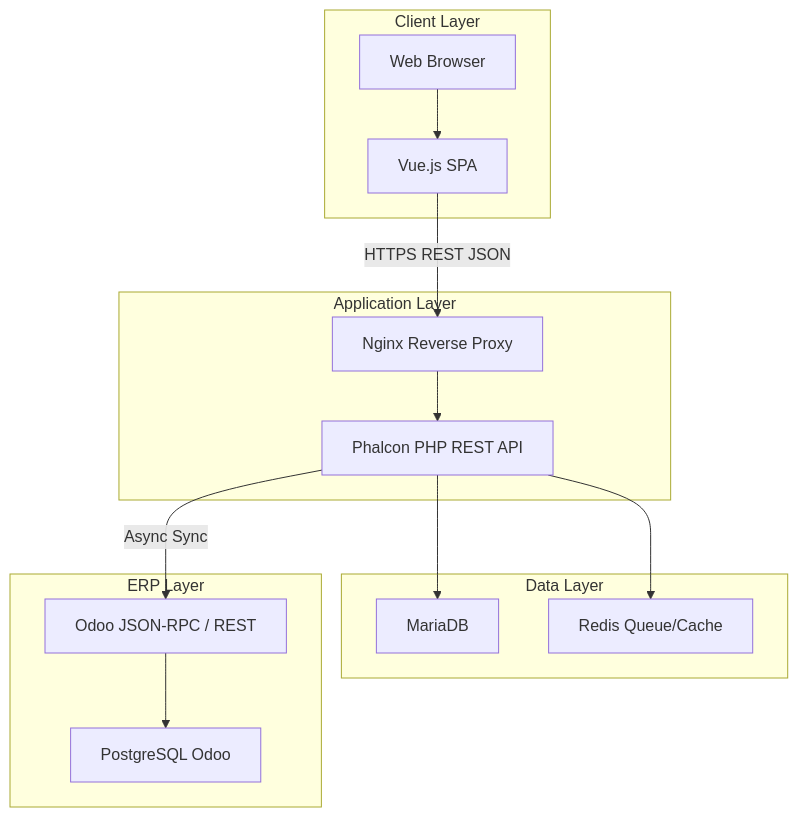
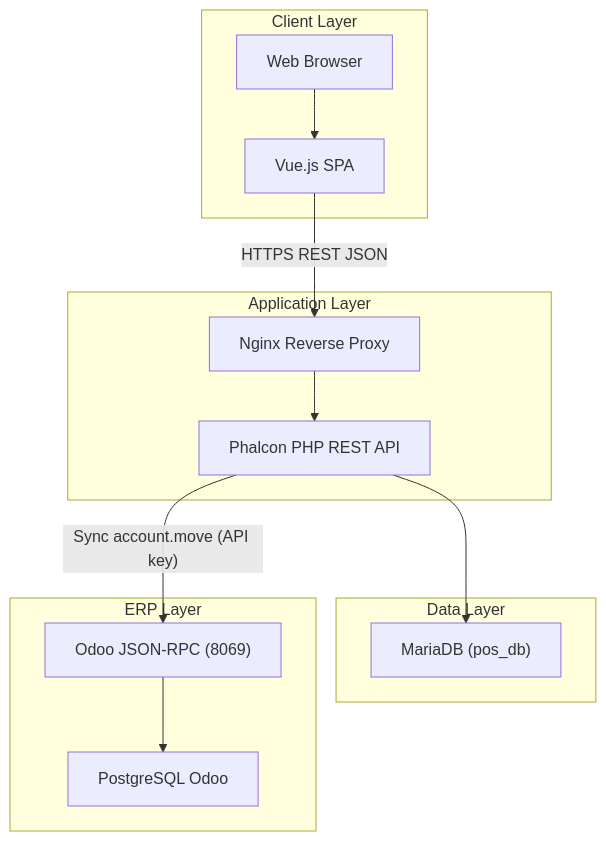
Before and after one commit to Andre1qaz/Zi.Care_pos_app: the first of 8 diagrams in zicare/docs/01-system-architecture.md, drawn with Mermaid. The commit also changed other lines of this file and 77 other files, not shown here.

````diff
--- a/zicare/docs/01-system-architecture.md
+++ b/zicare/docs/01-system-architecture.md
@@ -11,30 +11,28 @@
 ```mermaid
 flowchart TB
     subgraph Client["Client Layer"]
         Browser["Web Browser"]
         VueSPA["Vue.js SPA"]
     end
 
     subgraph API["Application Layer"]
         Nginx["Nginx Reverse Proxy"]
         Phalcon["Phalcon PHP REST API"]
     end
 
     subgraph Data["Data Layer"]
-        MariaDB["MariaDB"]
-        Redis["Redis Queue/Cache"]
+        MariaDB["MariaDB (pos_db)"]
     end
 
     subgraph ERP["ERP Layer"]
-        OdooAPI["Odoo JSON-RPC / REST"]
+        OdooAPI["Odoo JSON-RPC (8069)"]
         OdooDB["PostgreSQL Odoo"]
     end
 
     Browser --> VueSPA
     VueSPA -->|HTTPS REST JSON| Nginx
     Nginx --> Phalcon
     Phalcon --> MariaDB
-    Phalcon --> Redis
-    Phalcon -->|Async Sync| OdooAPI
+    Phalcon -->|"Sync account.move (API key)"| OdooAPI
     OdooAPI --> OdooDB
 ```
````
